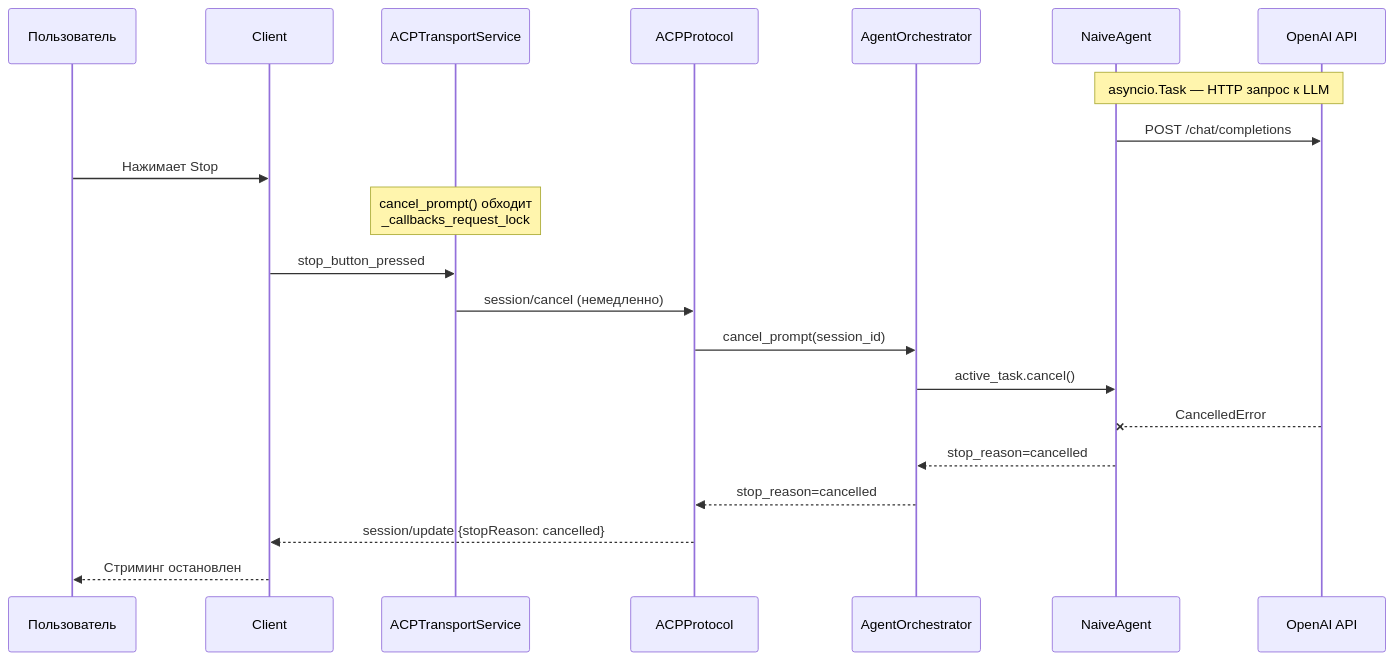
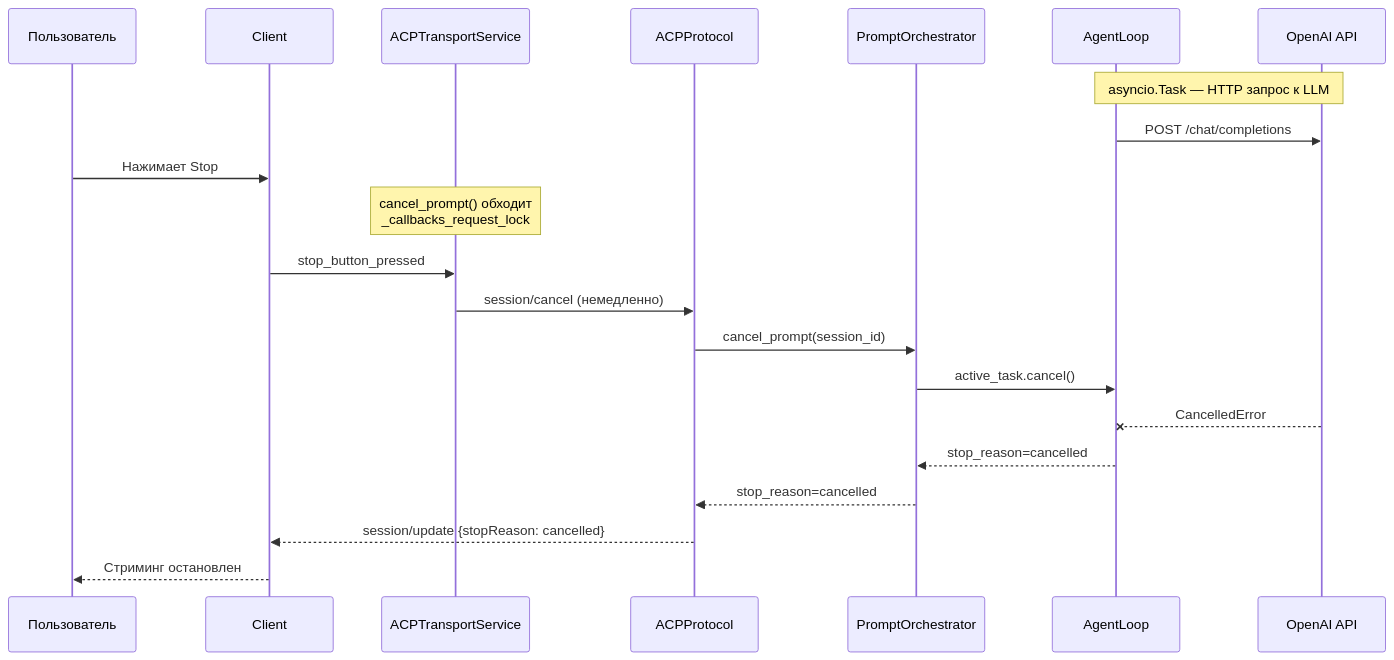
One commit to pese-git/codelab-agent changed diagram 11 of 14 in doc/product/overview/02-architecture.md. Above: the diagram before and after it, drawn with Mermaid. The commit also changed other lines of this file and 9 other files, not shown here.

````diff
--- a/doc/product/overview/02-architecture.md
+++ b/doc/product/overview/02-architecture.md
@@ -553,25 +522,25 @@
 ```mermaid
 sequenceDiagram
     participant U as Пользователь
     participant C as Client
     participant TS as ACPTransportService
     participant S as ACPProtocol
-    participant ORCH as AgentOrchestrator
-    participant AG as NaiveAgent
+    participant PO as PromptOrchestrator
+    participant AL as AgentLoop
     participant LLM as OpenAI API
 
-    Note over AG,LLM: asyncio.Task — HTTP запрос к LLM
-    AG->>LLM: POST /chat/completions
+    Note over AL,LLM: asyncio.Task — HTTP запрос к LLM
+    AL->>LLM: POST /chat/completions
 
     U->>C: Нажимает Stop
     Note over TS: cancel_prompt() обходит<br/>_callbacks_request_lock
     C->>TS: stop_button_pressed
     TS->>S: session/cancel (немедленно)
-    S->>ORCH: cancel_prompt(session_id)
-    ORCH->>AG: active_task.cancel()
-    LLM--xAG: CancelledError
-    AG-->>ORCH: stop_reason=cancelled
-    ORCH-->>S: stop_reason=cancelled
+    S->>PO: cancel_prompt(session_id)
+    PO->>AL: active_task.cancel()
+    LLM--xAL: CancelledError
+    AL-->>PO: stop_reason=cancelled
+    PO-->>S: stop_reason=cancelled
     S-->>C: session/update {stopReason: cancelled}
     C-->>U: Стриминг остановлен
 ```
````
